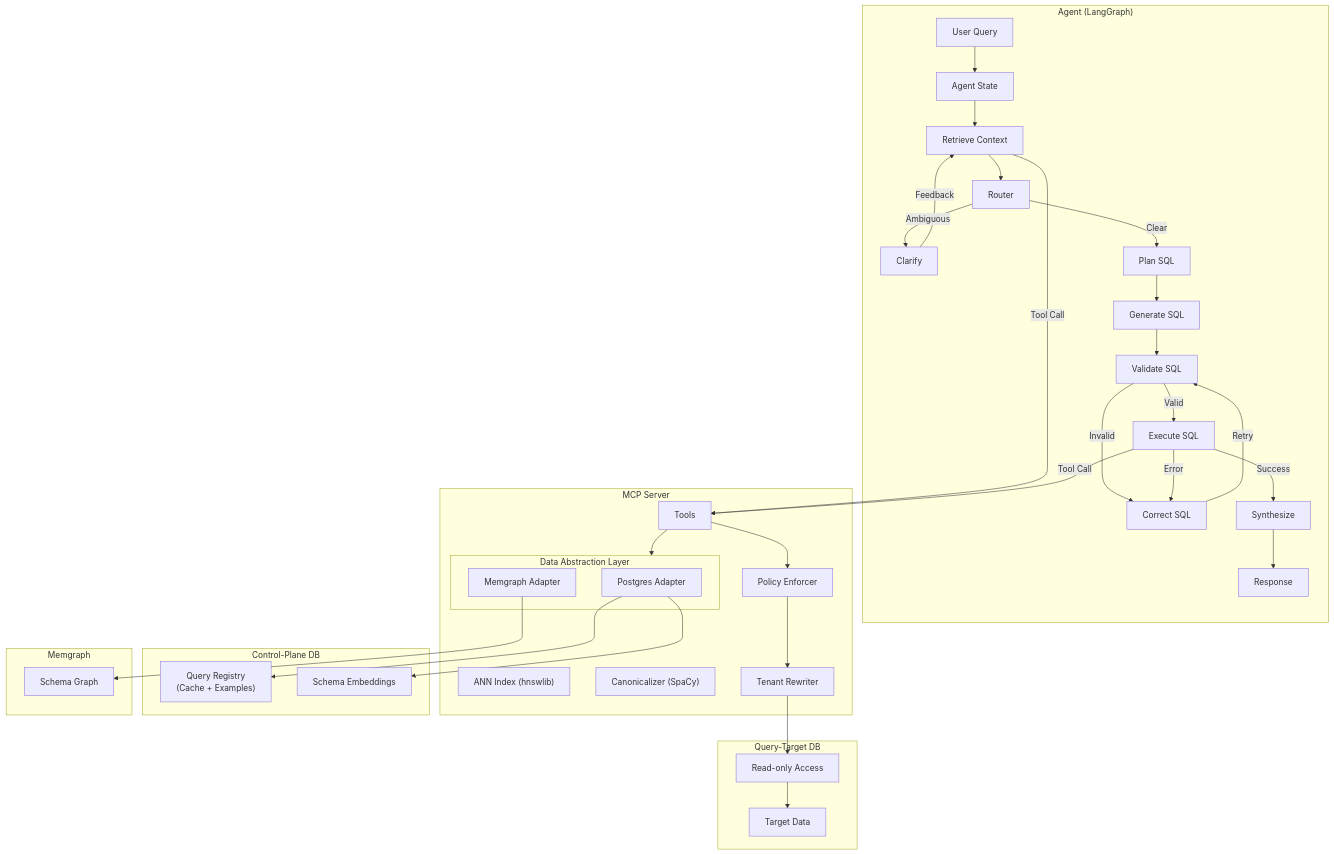
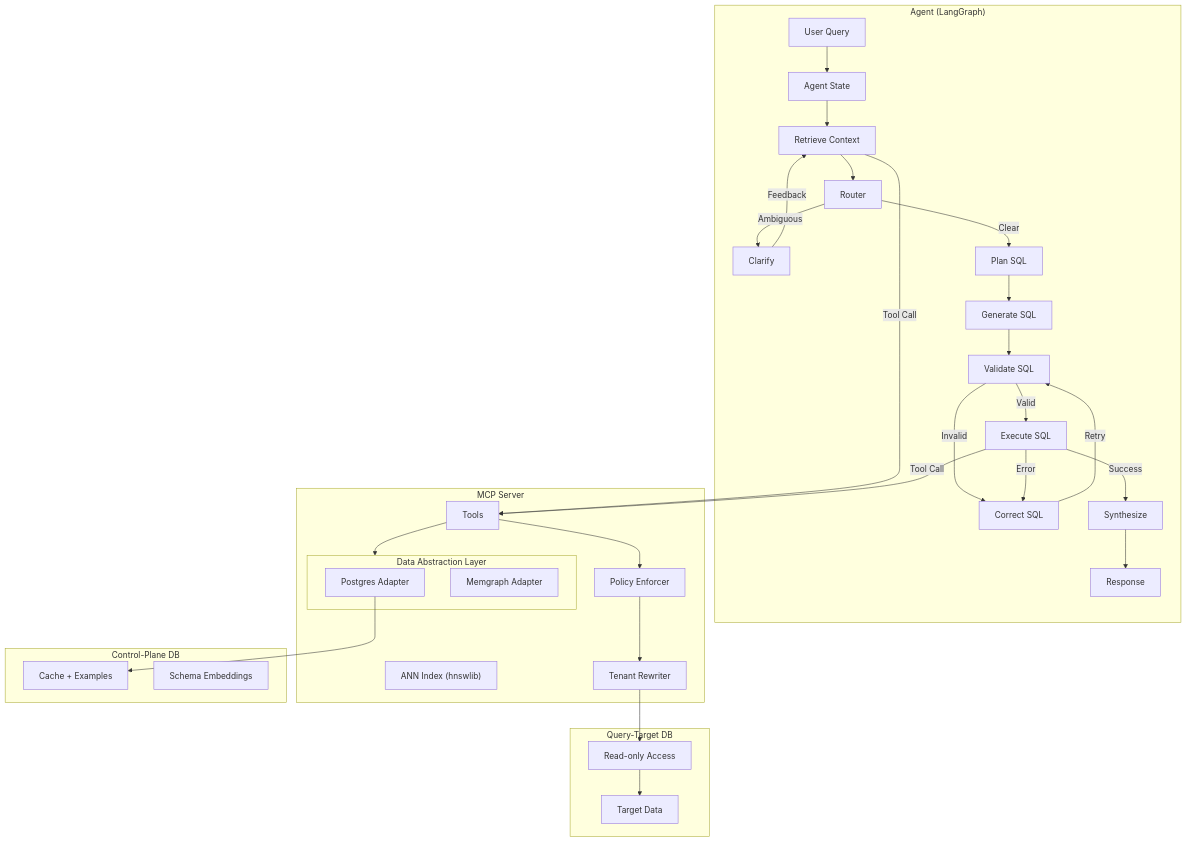
One commit to jonkmatsumo/text2sql changed the diagram in README.md. Above: the diagram before and after it, drawn with Mermaid. The commit also changed other lines of this file and 2 other files, not shown here.

````diff
--- a/README.md
+++ b/README.md
@@ -16,61 +16,54 @@
 ```mermaid
 flowchart TB
     subgraph Agent["Agent (LangGraph)"]
         UserQuery["User Query"]
         AgentState["Agent State"]
 
         RouterNode["Router"]
         ClarifyNode["Clarify"]
         RetrieveNode["Retrieve Context"]
         PlanNode["Plan SQL"]
         GenerateNode["Generate SQL"]
         ValidateNode["Validate SQL"]
         ExecuteNode["Execute SQL"]
         CorrectNode["Correct SQL"]
         SynthesizeNode["Synthesize"]
         Response["Response"]
 
         UserQuery --> AgentState --> RetrieveNode --> RouterNode
         RouterNode -->|"Ambiguous"| ClarifyNode -->|"Feedback"| RetrieveNode
         RouterNode -->|"Clear"| PlanNode --> GenerateNode --> ValidateNode
         ValidateNode -->|"Invalid"| CorrectNode
         ValidateNode -->|"Valid"| ExecuteNode
         ExecuteNode -->|"Success"| SynthesizeNode --> Response
         ExecuteNode -->|"Error"| CorrectNode -->|"Retry"| ValidateNode
     end
 
     subgraph MCPServer["MCP Server"]
         MCPTools["Tools"]
         VectorIndex["ANN Index (hnswlib)"]
-        Canonicalizer["Canonicalizer (SpaCy)"]
         PolicyEnforcer["Policy Enforcer"]
         TenantRewriter["Tenant Rewriter"]
 
         subgraph DAL["Data Abstraction Layer"]
             Impl_PG["Postgres Adapter"]
             Impl_MG["Memgraph Adapter"]
         end
     end
 
     subgraph ControlDB["Control-Plane DB"]
-        QueryRegistry["Query Registry<br/>(Cache + Examples)"]
+        QueryRegistry["Cache + Examples"]
         SchemaEmbeddings["Schema Embeddings"]
     end
 
     subgraph TargetDB["Query-Target DB"]
         QueryTargetDB["Target Data"]
         Target_RO["Read-only Access"]
     end
 
-    subgraph GraphDB["Memgraph"]
-        SchemaGraph["Schema Graph"]
-    end
-
     RetrieveNode -->|"Tool Call"| MCPTools
     ExecuteNode -->|"Tool Call"| MCPTools
     MCPTools --> DAL
     Impl_PG --> QueryRegistry
-    Impl_PG --> SchemaEmbeddings
-    Impl_MG --> SchemaGraph
     MCPTools --> PolicyEnforcer --> TenantRewriter --> Target_RO --> QueryTargetDB
 ```
````
